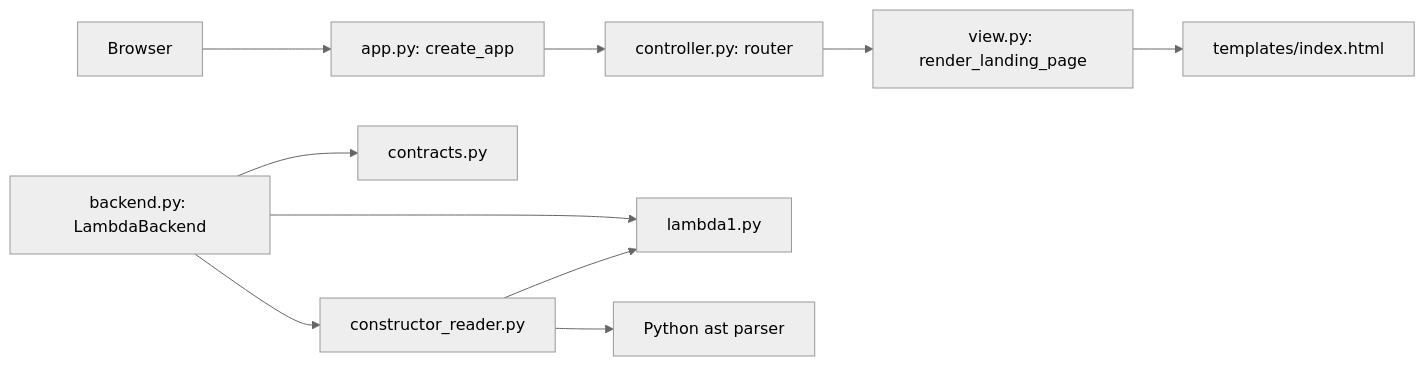
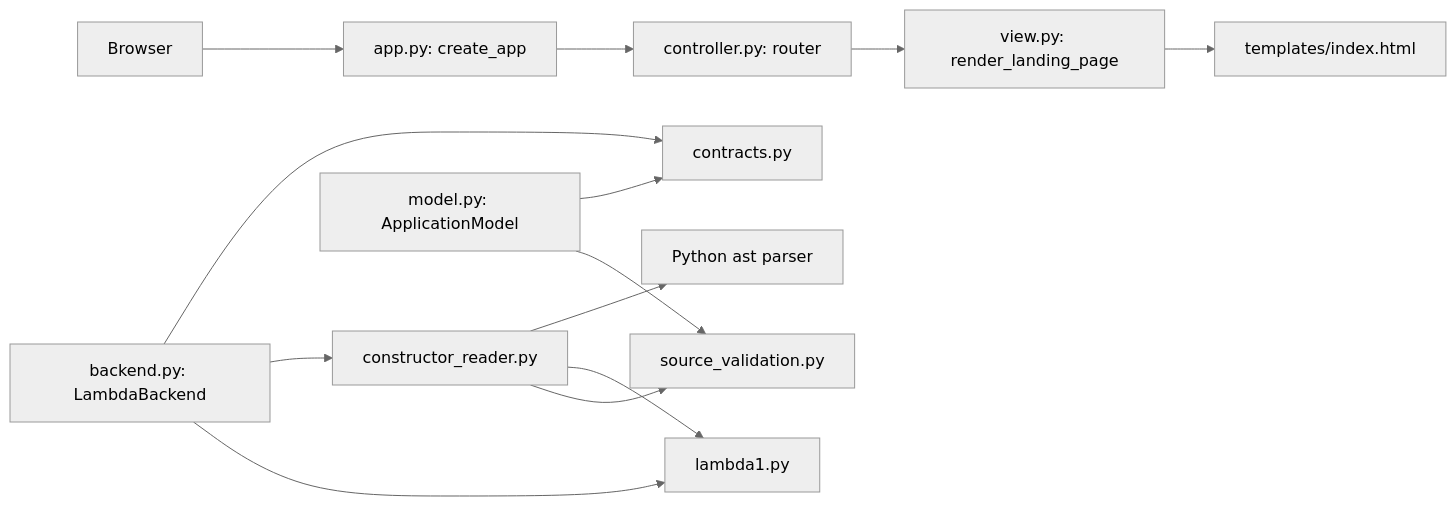
Before and after one commit to kojiken4/CS413-2026-Fall-kojiken: the diagram in assigns/04/MySolution/ARCHITECTURE.md, drawn with Mermaid (neutral theme). The commit also changed other lines of this file and 7 other files, not shown here.

Commit message:
feat(assign04): enforce source revision and editing state rules in model component

````diff
--- a/assigns/04/MySolution/ARCHITECTURE.md
+++ b/assigns/04/MySolution/ARCHITECTURE.md
@@ -5,12 +5,15 @@
 ```mermaid
 flowchart LR
     Browser --> App[app.py: create_app]
     App --> Controller[controller.py: router]
     Controller --> View[view.py: render_landing_page]
     View --> HTML[templates/index.html]
     Backend[backend.py: LambdaBackend] --> Contracts[contracts.py]
     Backend --> Reader[constructor_reader.py]
     Backend --> Language[lambda1.py]
     Reader --> AST[Python ast parser]
     Reader --> Language
+    Reader --> Validation[source_validation.py]
+    Model[model.py: ApplicationModel] --> Contracts
+    Model --> Validation
 ```
````
